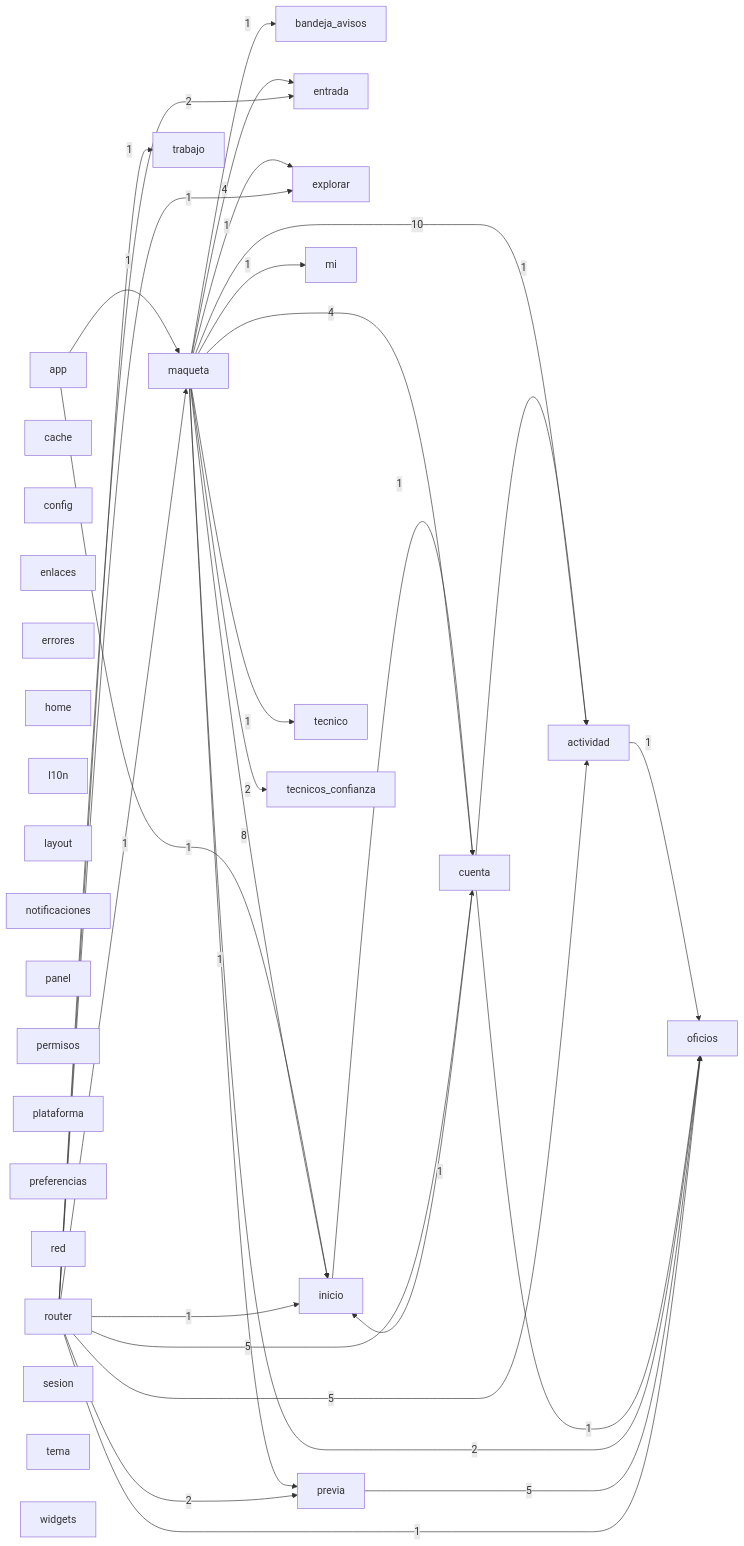
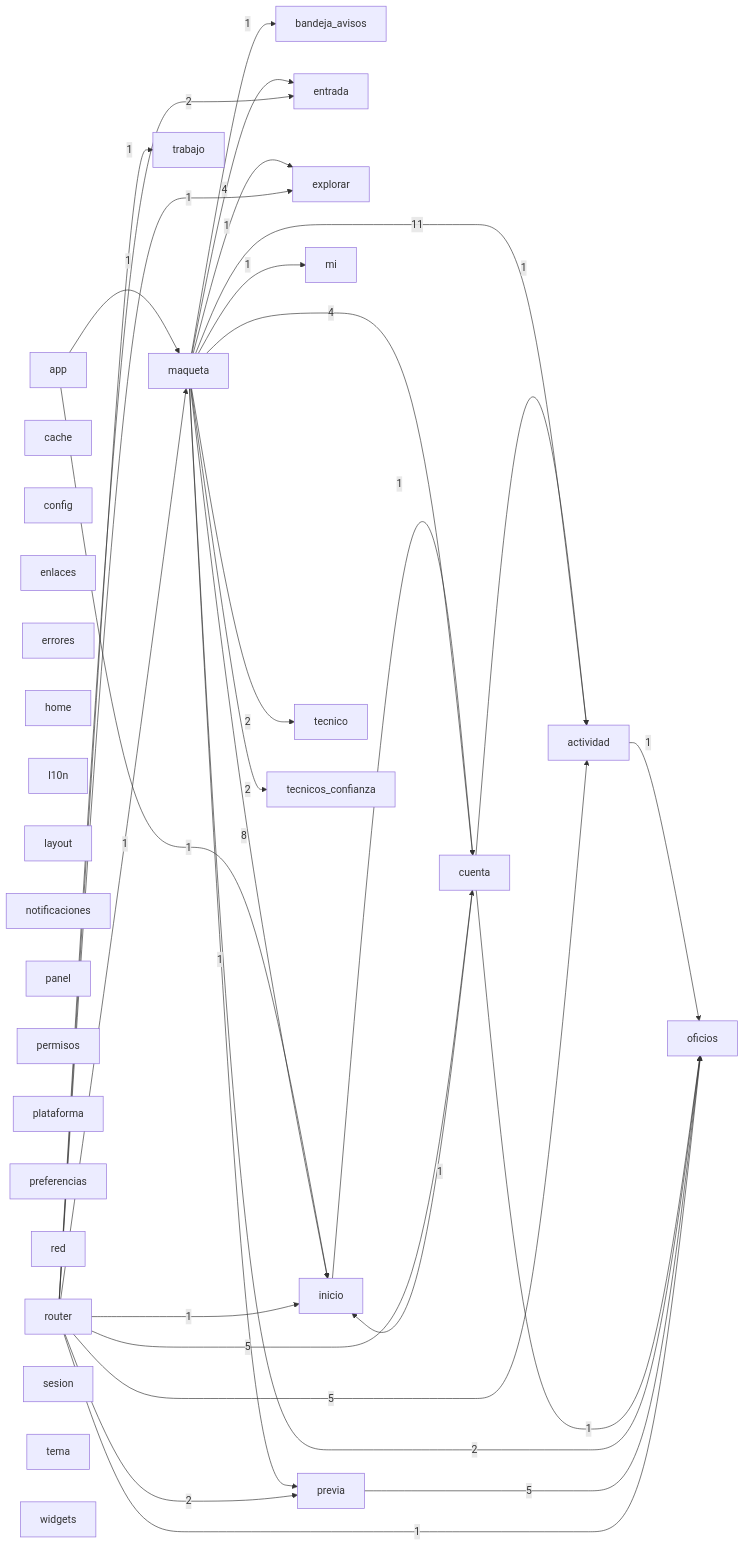
Before and after one commit to Tensei-Devs/knock-frontend: the diagram in docs/architecture/modules.mmd, drawn with Mermaid. The commit also changed 3 other files, not shown here.

```diff
--- a/docs/architecture/modules.mmd
+++ b/docs/architecture/modules.mmd
@@ -1,60 +1,60 @@
 graph LR
   actividad["actividad"]
   app["app"]
   bandeja_avisos["bandeja_avisos"]
   cache["cache"]
   config["config"]
   cuenta["cuenta"]
   enlaces["enlaces"]
   entrada["entrada"]
   errores["errores"]
   explorar["explorar"]
   home["home"]
   inicio["inicio"]
   l10n["l10n"]
   layout["layout"]
   maqueta["maqueta"]
   mi["mi"]
   notificaciones["notificaciones"]
   oficios["oficios"]
   panel["panel"]
   permisos["permisos"]
   plataforma["plataforma"]
   preferencias["preferencias"]
   previa["previa"]
   red["red"]
   router["router"]
   sesion["sesion"]
   tecnico["tecnico"]
   tecnicos_confianza["tecnicos_confianza"]
   tema["tema"]
   trabajo["trabajo"]
   widgets["widgets"]
   actividad -->|1| oficios
   app -->|1| inicio
   app -->|1| maqueta
   cuenta -->|1| actividad
   cuenta -->|1| inicio
   cuenta -->|1| oficios
   inicio -->|1| cuenta
-  maqueta -->|10| actividad
+  maqueta -->|11| actividad
   maqueta -->|1| bandeja_avisos
   maqueta -->|4| cuenta
   maqueta -->|4| entrada
   maqueta -->|1| explorar
   maqueta -->|8| inicio
   maqueta -->|1| mi
   maqueta -->|2| oficios
   maqueta -->|1| previa
-  maqueta -->|1| tecnico
+  maqueta -->|2| tecnico
   maqueta -->|2| tecnicos_confianza
   previa -->|5| oficios
   router -->|5| actividad
   router -->|5| cuenta
   router -->|2| entrada
   router -->|1| explorar
   router -->|1| inicio
   router -->|1| maqueta
   router -->|1| oficios
   router -->|2| previa
   router -->|1| trabajo
```
